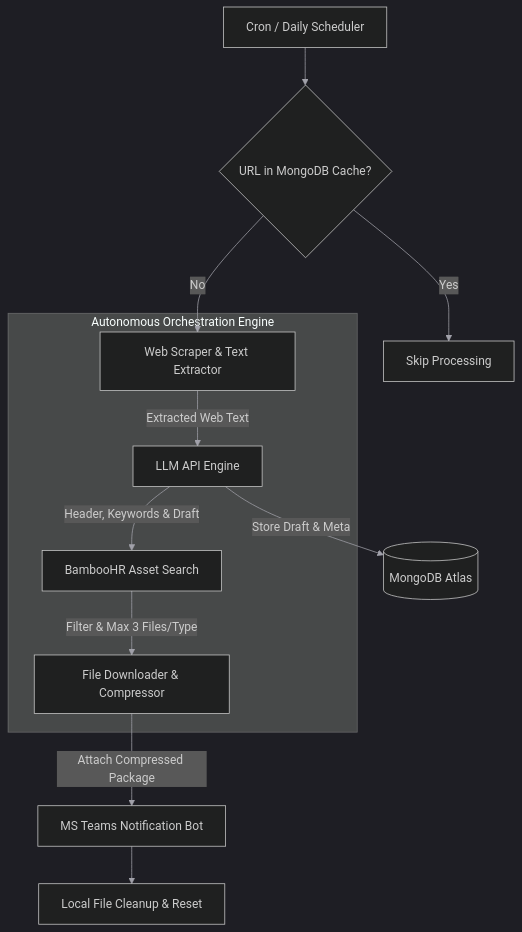
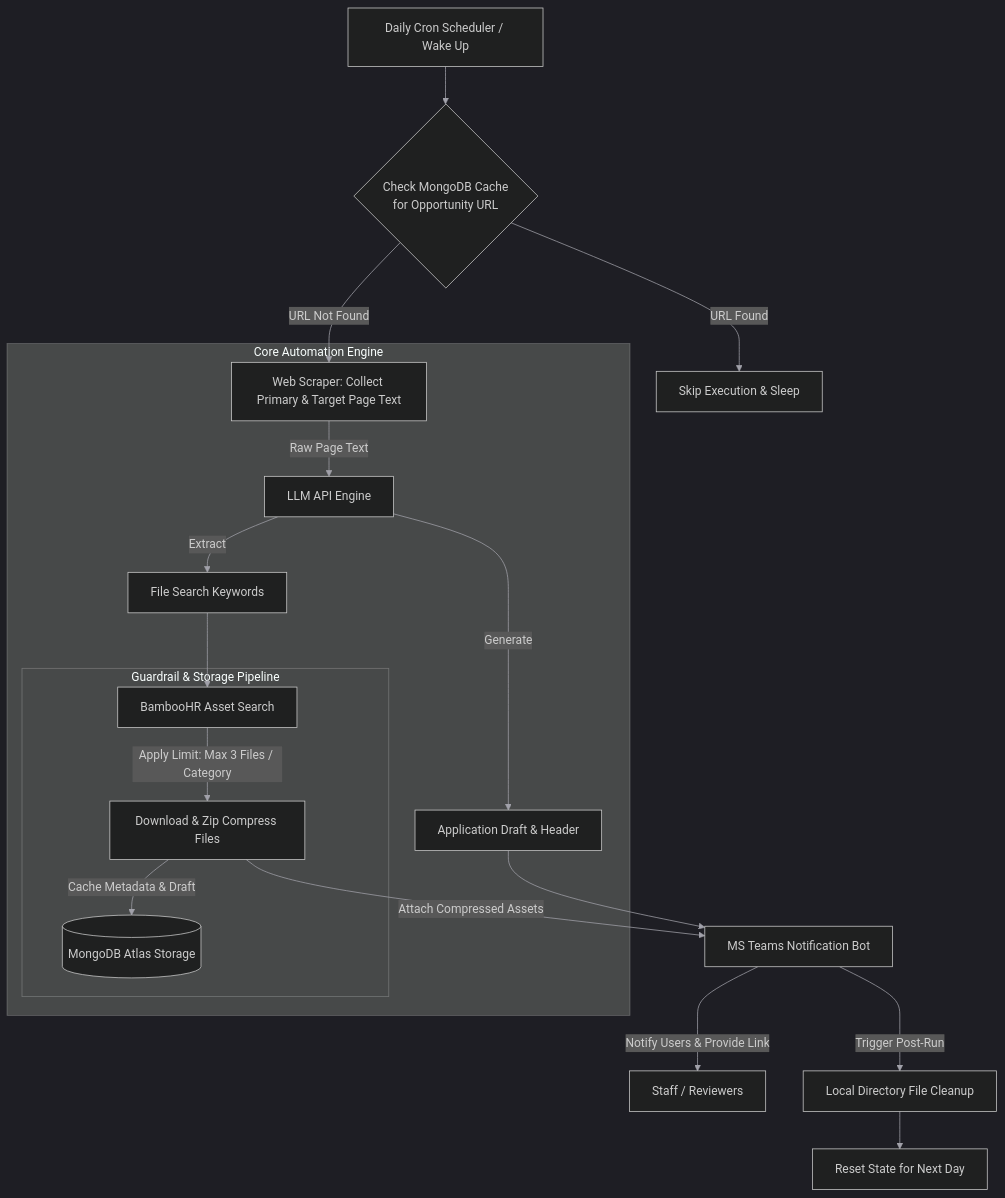
Before and after one commit to wevans02/Meta-Employment-Services-Internship: the diagram in Agentic-AI-system/README.md, drawn with Mermaid.

Commit message:
Updated Architecture for Agentic AI workflow

````diff
--- a/Agentic-AI-system/README.md
+++ b/Agentic-AI-system/README.md
@@ -7,19 +7,32 @@
 ```mermaid
 %%{init: { 'theme': 'dark', 'themeVariables': { 'lineColor': '#a1a1aa', 'labelColor': '#ffffff', 'primaryColor': '#1e293b', 'primaryTextColor': '#ffffff', 'actorLineColor': '#ffffff' }}}%%
 graph TD
-    Trigger[Cron / Daily Scheduler] --> CacheCheck{URL in MongoDB Cache?}
+    %% Trigger & Cache Lookup
+    Start[Daily Cron Scheduler / Wake Up] --> CheckCache{Check MongoDB Cache<br/>for Opportunity URL}
     
-    CacheCheck -->|Yes| Skip[Skip Processing]
-    CacheCheck -->|No| Scraper[Web Scraper & Text Extractor]
+    CheckCache -->|URL Found| EndCached[Skip Execution & Sleep]
+    CheckCache -->|URL Not Found| Scraper[Web Scraper: Collect Primary & Target Page Text]
 
-    subgraph Autonomous Orchestration Engine
-        Scraper -->|Extracted Web Text| LLM[LLM API Engine]
-        LLM -->|Header, Keywords & Draft| HRSearch[BambooHR Asset Search]
-        HRSearch -->|Filter & Max 3 Files/Type| ZipEngine[File Downloader & Compressor]
+    %% Main Processing Subgraph
+    subgraph Core Automation Engine
+        Scraper -->|Raw Page Text| LLM[LLM API Engine]
+        
+        LLM -->|Generate| Draft[Application Draft & Header]
+        LLM -->|Extract| Keywords[File Search Keywords]
+        
+        Keywords --> BambooSearch[BambooHR Asset Search]
+        
+        subgraph Guardrail & Storage Pipeline
+            BambooSearch -->|Apply Limit: Max 3 Files / Category| Downloader[Download & Zip Compress Files]
+        Downloader -->|Cache Metadata & Draft| Mongo[(MongoDB Atlas Storage)]
+        end
     end
 
-    LLM -->|Store Draft & Meta| Mongo[(MongoDB Atlas)]
-    ZipEngine -->|Attach Compressed Package| Teams[MS Teams Notification Bot]
+    %% Delivery & Cleanup
+    Draft --> TeamsNotifier[MS Teams Notification Bot]
+    Downloader -->|Attach Compressed Assets| TeamsNotifier
     
-    Teams --> Cleanup[Local File Cleanup & Reset]
+    TeamsNotifier -->|Notify Users & Provide Link| EndUser[Staff / Reviewers]
+    TeamsNotifier -->|Trigger Post-Run| Cleanup[Local Directory File Cleanup]
+    Cleanup --> Sleep[Reset State for Next Day]
 ```
````
